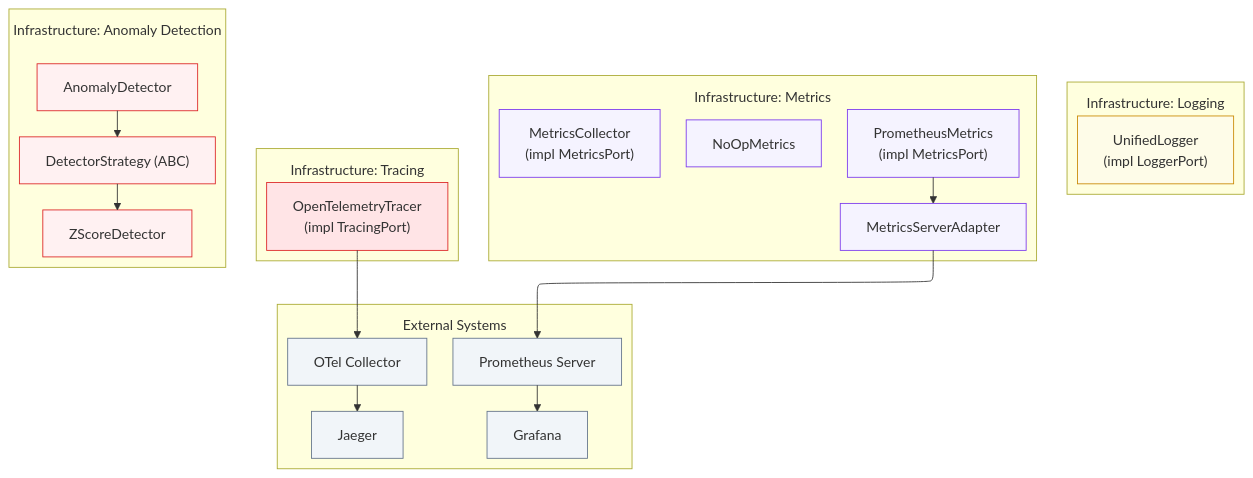
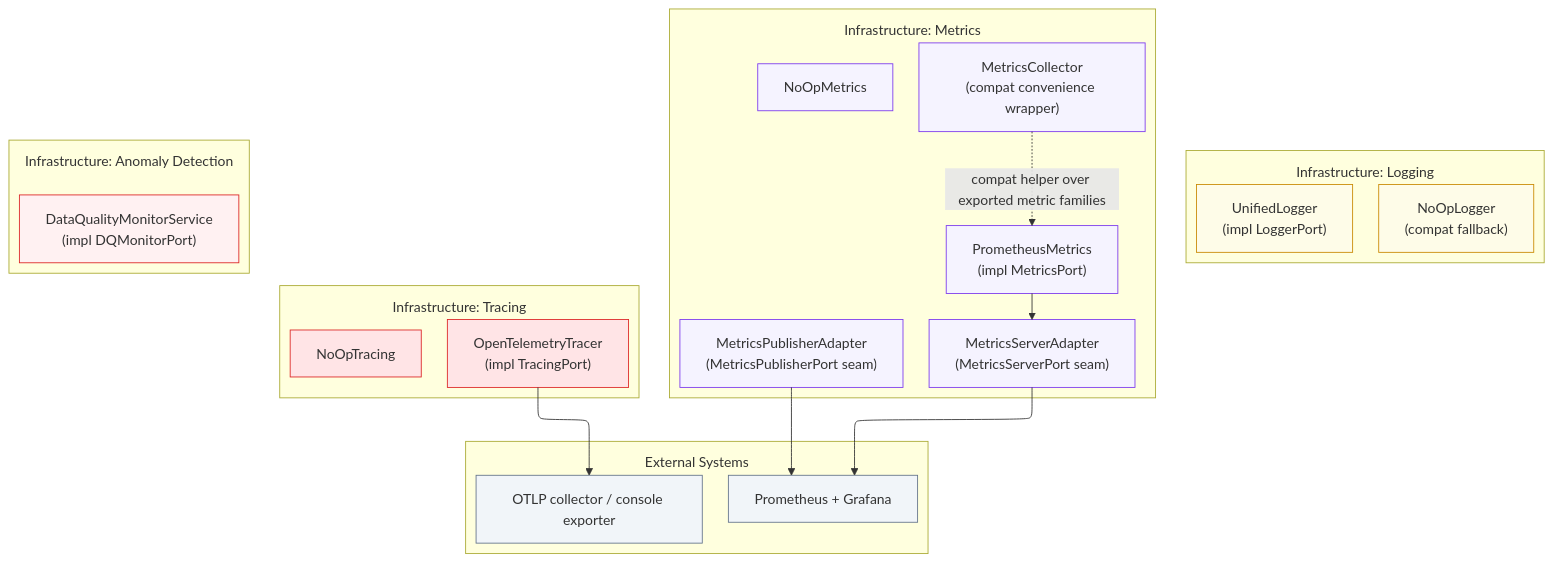
The diagram in docs/02-architecture/diagrams/architecture/09b-observability-infra.mmd (SatoryKono/BioactivityDataAcquisition), drawn with Mermaid before and after one commit. The commit also changed 5 other files, not shown here.

First line of the commit message:
Refine observability diagrams; add test outputs

```diff
--- a/docs/02-architecture/diagrams/architecture/09b-observability-infra.mmd
+++ b/docs/02-architecture/diagrams/architecture/09b-observability-infra.mmd
@@ -1,72 +1,68 @@
 %% BioETL — Observability: Infrastructure Layer
 %% Infrastructure implementations: logging, metrics, tracing, anomaly detection, external systems.
 
-%% @version 1.0.0
-%% @date    2026-02-27
+%% @version 1.1.0
+%% @date    2026-04-12
 %% @type    flowchart
 %% @level   System / Component
 %% @view    observability-infra
 %% @parent  09-observability-stack.mmd
-%% @nodes   13
+%% @nodes   12
 %%{init: {
   'flowchart': {
     'subGraphTitleMargin': { 'top': 12, 'bottom': 12 }
   },
   'layout': 'elk',
   'elk': {
     'mergeEdges': true,
     'nodePlacementStrategy': 'BRANDES_KOEPF',
     'edgeRouting': 'ORTHOGONAL'
   }
 }}%%
 graph TB
-%% keep-orphan: MC, NOM, UL
     subgraph InfraLogging["Infrastructure: Logging"]
         UL["UnifiedLogger<br/>(impl LoggerPort)"]:::size-sm
+        NOL["NoOpLogger<br/>(compat fallback)"]:::size-sm
     end
 
     subgraph InfraMetrics["Infrastructure: Metrics"]
-        MC["MetricsCollector<br/>(impl MetricsPort)"]:::size-sm
         PM["PrometheusMetrics<br/>(impl MetricsPort)"]:::size-sm
-        MSA["MetricsServerAdapter"]:::size-sm
+        MSA["MetricsServerAdapter<br/>(MetricsServerPort seam)"]:::size-sm
+        MPA["MetricsPublisherAdapter<br/>(MetricsPublisherPort seam)"]:::size-sm
+        MC["MetricsCollector<br/>(compat convenience wrapper)"]:::size-sm
         NOM["NoOpMetrics"]:::size-sm
     end
 
     subgraph InfraTracing["Infrastructure: Tracing"]
         OTT["OpenTelemetryTracer<br/>(impl TracingPort)"]:::size-sm
+        NOT["NoOpTracing"]:::size-sm
     end
 
     subgraph InfraAnomaly["Infrastructure: Anomaly Detection"]
-        AD["AnomalyDetector"]:::size-sm
-        DS["DetectorStrategy (ABC)"]:::size-sm
-        ZSD["ZScoreDetector"]:::size-sm
+        DQM["DataQualityMonitorService<br/>(impl DQMonitorPort)"]:::size-sm
     end
 
     subgraph External["External Systems"]
-        PROM["Prometheus Server"]:::size-sm
-        GRAFANA["Grafana"]:::size-sm
-        OTEL_COL["OTel Collector"]:::size-sm
-        JAEGER["Jaeger"]:::size-sm
+        PROM["Prometheus + Grafana"]:::size-sm
+        OTEL_COL["OTLP collector / console exporter"]:::size-sm
     end
 
-    %% Anomaly detection
-    DS --> ZSD
-    AD --> DS
-
     %% Metrics to external
-    PM --> MSA --> PROM --> GRAFANA
+    PM --> MSA --> PROM
+    MPA --> PROM
+    MC -.compat helper over exported metric families.-> PM
 
     %% Tracing to external
-    OTT --> OTEL_COL --> JAEGER
+    OTT --> OTEL_COL
 
     classDef logging fill:#fefce8,stroke:#ca8a04
     classDef metrics fill:#f5f3ff,stroke:#7c3aed
     classDef tracing fill:#ffe4e6,stroke:#dc2626
     classDef anomaly fill:#fff1f2,stroke:#dc2626
     classDef ext fill:#f1f5f9,stroke:#64748b
 
-    class UL logging
-    class MC,PM,MSA,NOM metrics
-    class OTT tracing
-    class AD,DS,ZSD anomaly
-    class PROM,GRAFANA,OTEL_COL,JAEGER ext
+    class UL,NOL logging
+    class PM,MSA,MPA,MC,NOM metrics
+    class OTT,NOT tracing
+    class DQM anomaly
+    class PROM,OTEL_COL ext
```
